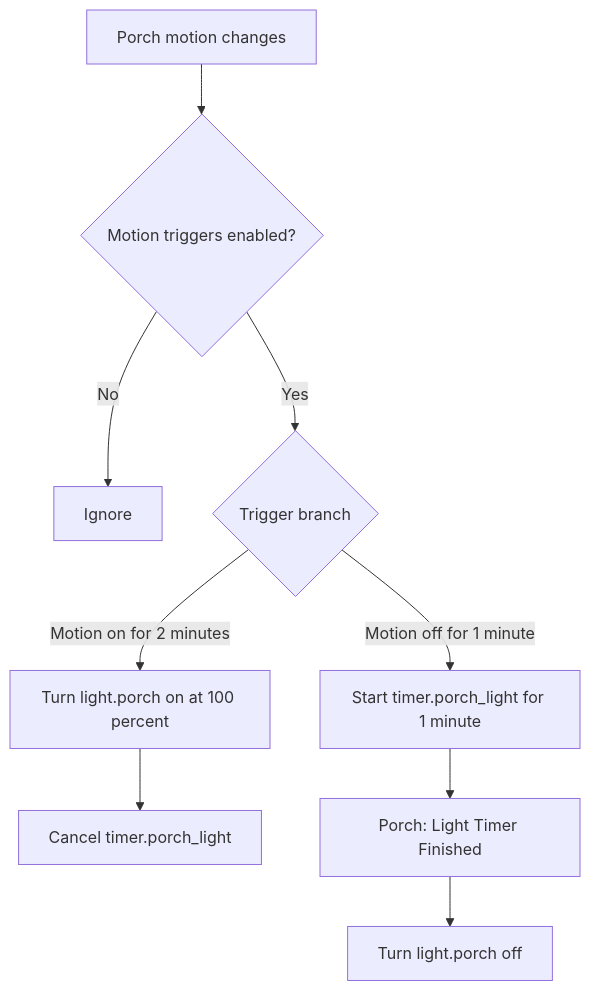
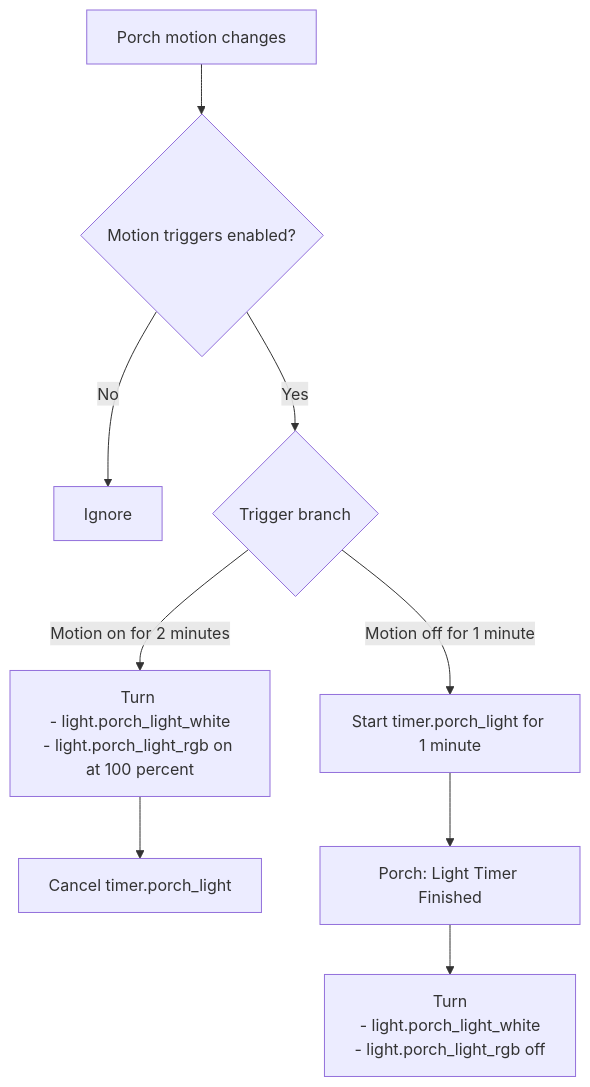
The second of 2 diagrams in packages/rooms/porch/README.md (dannytsang/homeassistant-config), drawn with Mermaid before and after one commit. The commit also changed other lines of this file and 4 other files, not shown here.

Commit message:
Replaced porch light in scripts and automations to Aqara T1M.

````diff
--- a/packages/rooms/porch/README.md
+++ b/packages/rooms/porch/README.md
@@ -72,11 +76,15 @@
 ```mermaid
 flowchart TD
     Motion[Porch motion changes] --> Enabled{Motion triggers enabled?}
     Enabled -->|No| Ignore[Ignore]
     Enabled -->|Yes| Which{Trigger branch}
-    Which -->|Motion on for 2 minutes| On[Turn light.porch on at 100 percent]
+    Which -->|Motion on for 2 minutes| On[Turn 
+- light.porch_light_white
+- light.porch_light_rgb on at 100 percent]
     On --> Cancel[Cancel timer.porch_light]
     Which -->|Motion off for 1 minute| Start[Start timer.porch_light for 1 minute]
     Start --> TimerFinished[Porch: Light Timer Finished]
-    TimerFinished --> Off[Turn light.porch off]
+    TimerFinished --> Off[Turn 
+- light.porch_light_white
+- light.porch_light_rgb off]
 ```
````
